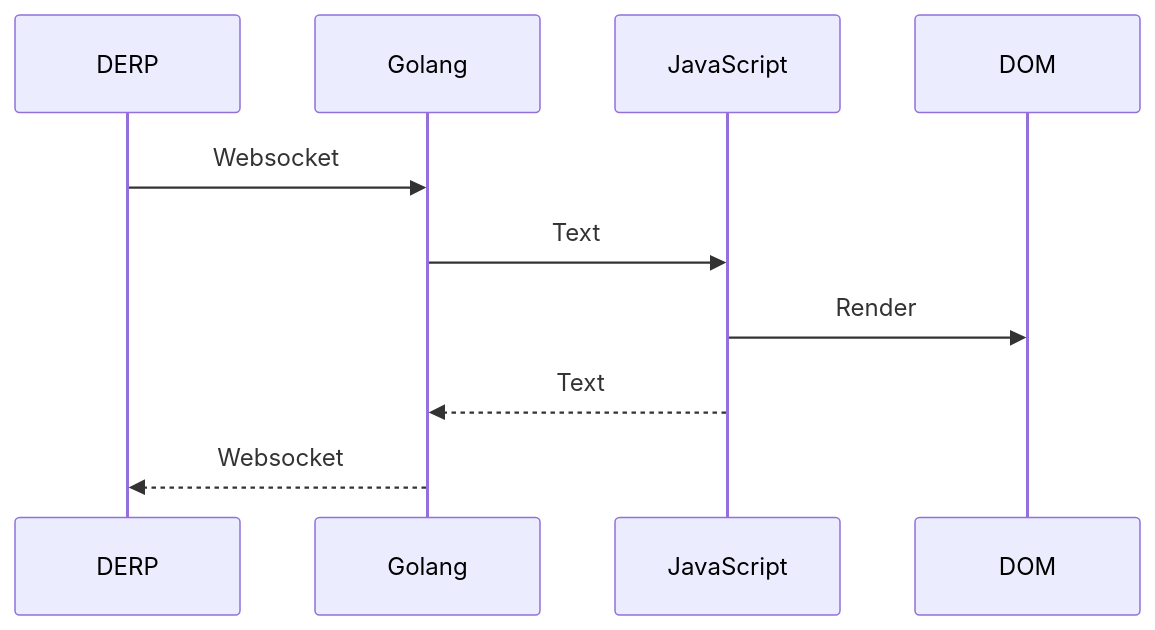
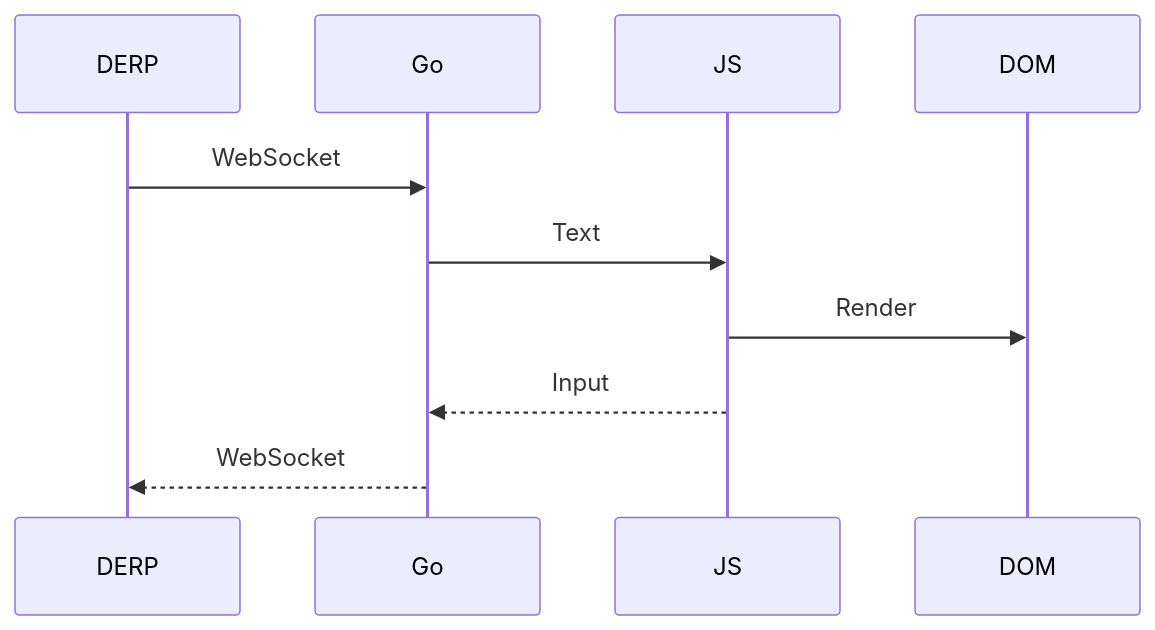
Before and after one commit to rickli-cloud/headscale-console: the first of 4 diagrams in README.md, drawn with Mermaid. The commit also changed other lines of this file, not shown here.

````diff
--- a/README.md
+++ b/README.md
@@ -149,9 +155,9 @@
 ```mermaid
-  sequenceDiagram
-    DERP ->> Golang: Websocket
-    Golang ->> JavaScript: Text
-    JavaScript ->> DOM: Render
+sequenceDiagram
+    DERP ->> Go: WebSocket
+    Go ->> JS: Text
+    JS ->> DOM: Render
 
-    JavaScript -->> Golang: Text
-    Golang -->> DERP: Websocket
+    JS -->> Go: Input
+    Go -->> DERP: WebSocket
 ```
````
